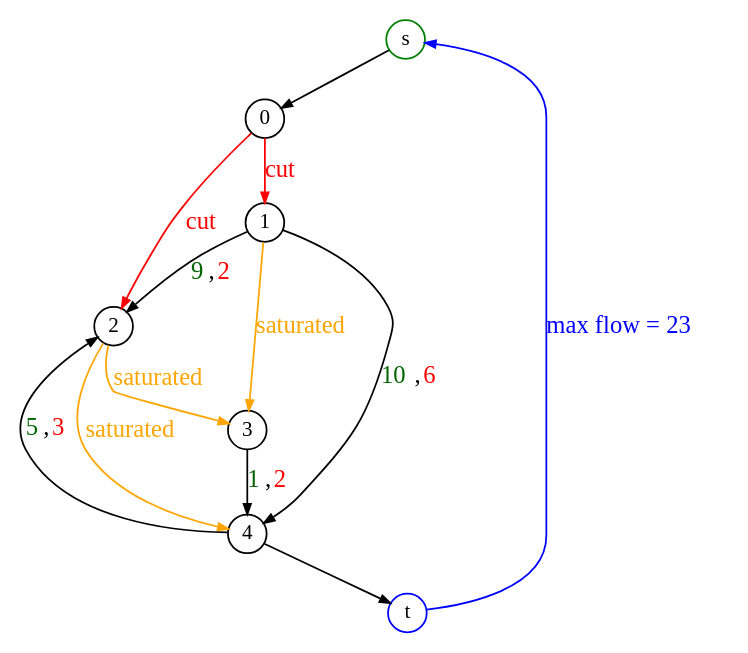
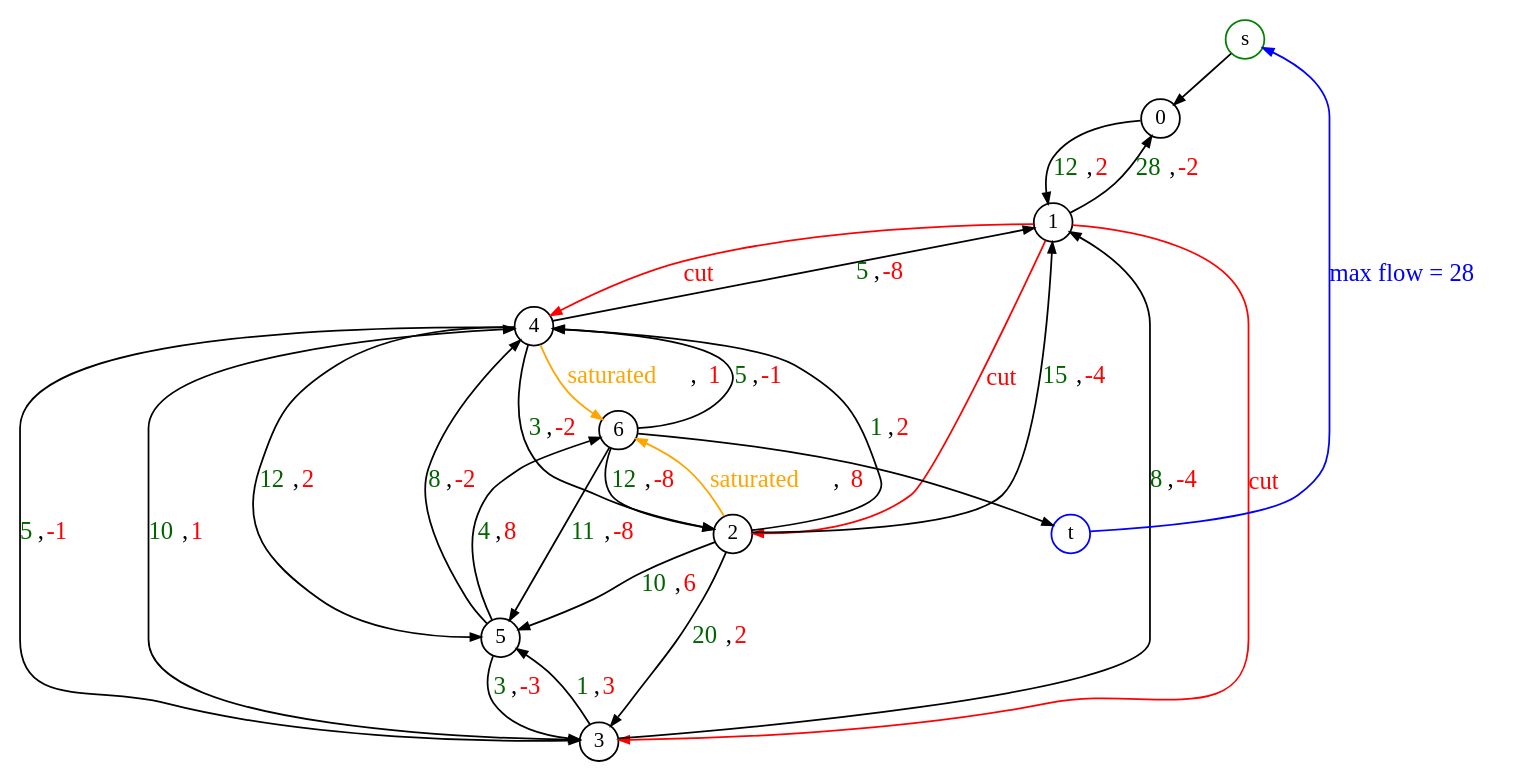
Before and after one commit to takitsu21/operation-research: the diagram in graph.dot, drawn with Graphviz. The commit also changed 2 other files, not shown here.

Commit message:
graph résiduel et arc de retour

```diff
--- a/graph.dot
+++ b/graph.dot
@@ -1,19 +1,34 @@
 digraph G {
     graph [nodesep="0.3", ranksep="0.3",fontsize=12]
     node [shape=circle,fixedsize=true,width=.3,height=.3,fontsize=12]
     edge [arrowsize=0.6]
 	s -> 0
-	1 -> 2 [label=<<font color="darkgreen">9</font>,<font color="red">2</font>>]
-	1 -> 3 [color=orange, label=<<font color="orange">saturated</font>>]
-	1 -> 4 [label=<<font color="darkgreen">10</font>,<font color="red">6</font>>]
-	2 -> 3 [color=orange, label=<<font color="orange">saturated</font>>]
-	2 -> 4 [color=orange, label=<<font color="orange">saturated</font>>]
-	3 -> 4 [label=<<font color="darkgreen">1</font>,<font color="red">2</font>>]
-	4 -> 2 [label=<<font color="darkgreen">5</font>,<font color="red">3</font>>]
-	0 -> 2 [color=red, label=<<font color="red">cut</font>>]
-	0 -> 1 [color=red, label=<<font color="red">cut</font>>]
-	4 -> t 
-	t -> s [color=blue label=<<font color="blue">max flow = 23</font>>]
+	0 -> 1 [label=<<font color="darkgreen">12</font>,<font color="red">2</font>>]
+	1 -> 0 [label=<<font color="darkgreen">28</font>,<font color="red">-2</font>>]
+	2 -> 1 [label=<<font color="darkgreen">15</font>,<font color="red">-4</font>>]
+	2 -> 3 [label=<<font color="darkgreen">20</font>,<font color="red">2</font>>]
+	2 -> 4 [label=<<font color="darkgreen">1</font>,<font color="red">2</font>>]
+	2 -> 5 [label=<<font color="darkgreen">10</font>,<font color="red">6</font>>]
+	2 -> 6 [color=orange, label=<<font color="orange">saturated</font>, <font color="red">8</font>>]
+	3 -> 1 [label=<<font color="darkgreen">8</font>,<font color="red">-4</font>>]
+	3 -> 4 [label=<<font color="darkgreen">10</font>,<font color="red">1</font>>]
+	3 -> 5 [label=<<font color="darkgreen">1</font>,<font color="red">3</font>>]
+	4 -> 1 [label=<<font color="darkgreen">5</font>,<font color="red">-8</font>>]
+	4 -> 2 [label=<<font color="darkgreen">3</font>,<font color="red">-2</font>>]
+	4 -> 3 [label=<<font color="darkgreen">5</font>,<font color="red">-1</font>>]
+	4 -> 5 [label=<<font color="darkgreen">12</font>,<font color="red">2</font>>]
+	4 -> 6 [color=orange, label=<<font color="orange">saturated</font>, <font color="red">1</font>>]
+	5 -> 3 [label=<<font color="darkgreen">3</font>,<font color="red">-3</font>>]
+	5 -> 4 [label=<<font color="darkgreen">8</font>,<font color="red">-2</font>>]
+	5 -> 6 [label=<<font color="darkgreen">4</font>,<font color="red">8</font>>]
+	6 -> 2 [label=<<font color="darkgreen">12</font>,<font color="red">-8</font>>]
+	6 -> 4 [label=<<font color="darkgreen">5</font>,<font color="red">-1</font>>]
+	6 -> 5 [label=<<font color="darkgreen">11</font>,<font color="red">-8</font>>]
+	1 -> 3 [color=red, label=<<font color="red">cut</font>>]
+	1 -> 2 [color=red, label=<<font color="red">cut</font>>]
+	1 -> 4 [color=red, label=<<font color="red">cut</font>>]
+	6 -> t 
+	t -> s [color=blue label=<<font color="blue">max flow = 28</font>>]
 	s [color=green]
 	t [color=blue]
 }
```
